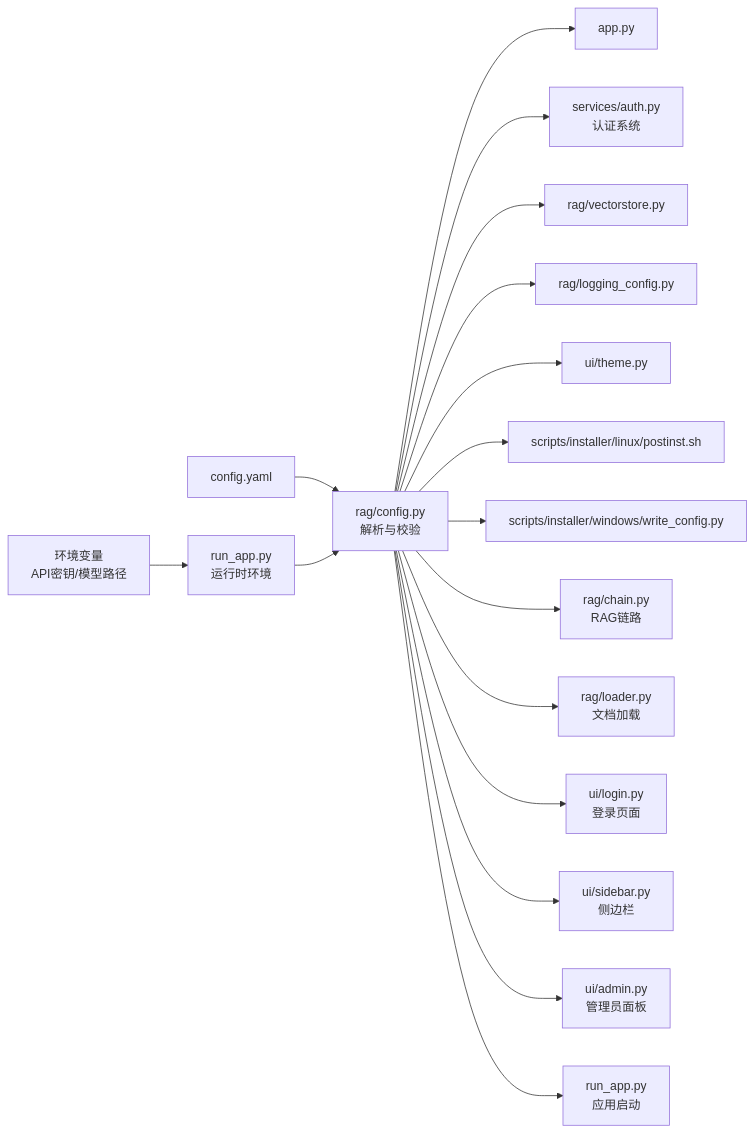
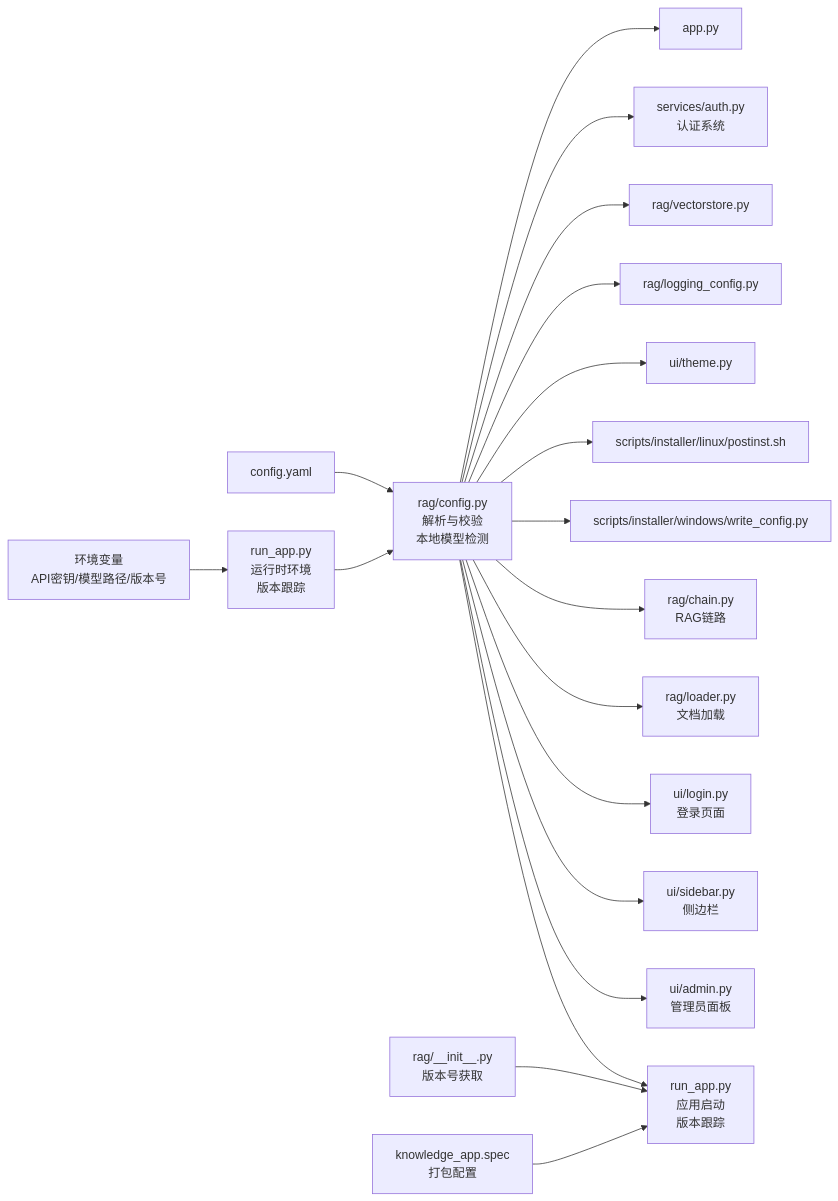
The eighth of 8 diagrams in .qoder/repowiki/zh/content/RAG核心引擎/配置管理系统.md (joyafa/knowledge), drawn with Mermaid before and after one commit. The commit also changed other lines of this file and 18 other files, not shown here.

````diff
--- a/.qoder/repowiki/zh/content/RAG核心引擎/配置管理系统.md
+++ b/.qoder/repowiki/zh/content/RAG核心引擎/配置管理系统.md
@@ -485,19 +585,21 @@
 ```mermaid
 graph LR
-cfg["config.yaml"] --> parse["rag/config.py<br/>解析与校验"]
-env["环境变量<br/>API密钥/模型路径"] --> runtime["run_app.py<br/>运行时环境"]
+cfg["config.yaml"] --> parse["rag/config.py<br/>解析与校验<br/>本地模型检测"]
+env["环境变量<br/>API密钥/模型路径/版本号"] --> runtime["run_app.py<br/>运行时环境<br/>版本跟踪"]
 runtime --> parse
 parse --> app["app.py"]
 parse --> auth["services/auth.py<br/>认证系统"]
 parse --> vs["rag/vectorstore.py"]
 parse --> log["rag/logging_config.py"]
 parse --> theme["ui/theme.py"]
 parse --> lnx["scripts/installer/linux/postinst.sh"]
 parse --> win["scripts/installer/windows/write_config.py"]
 parse --> chain["rag/chain.py<br/>RAG链路"]
 parse --> loader["rag/loader.py<br/>文档加载"]
 parse --> login["ui/login.py<br/>登录页面"]
 parse --> sidebar["ui/sidebar.py<br/>侧边栏"]
 parse --> admin["ui/admin.py<br/>管理员面板"]
-parse --> runapp["run_app.py<br/>应用启动"]
+parse --> runapp["run_app.py<br/>应用启动<br/>版本跟踪"]
+version["rag/__init__.py<br/>版本号获取"] --> runapp
+pack["knowledge_app.spec<br/>打包配置"] --> runapp
 ```
````
